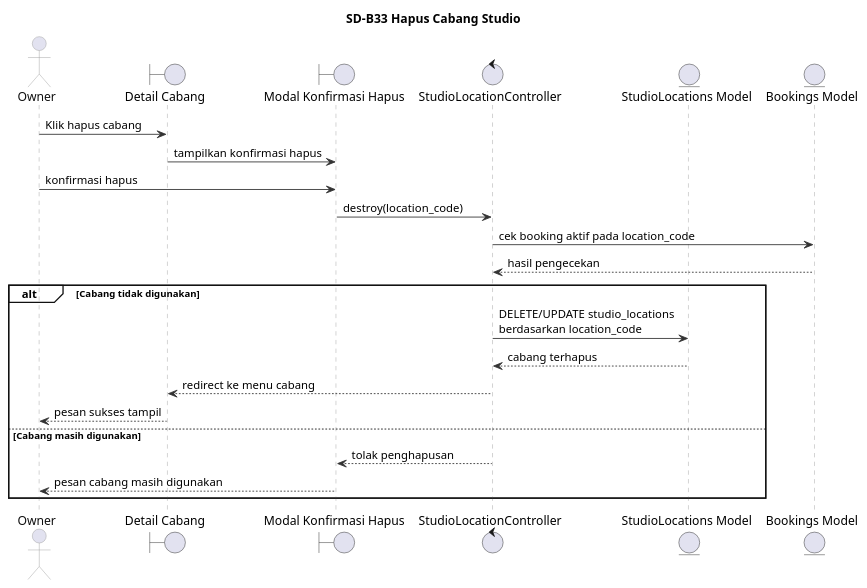
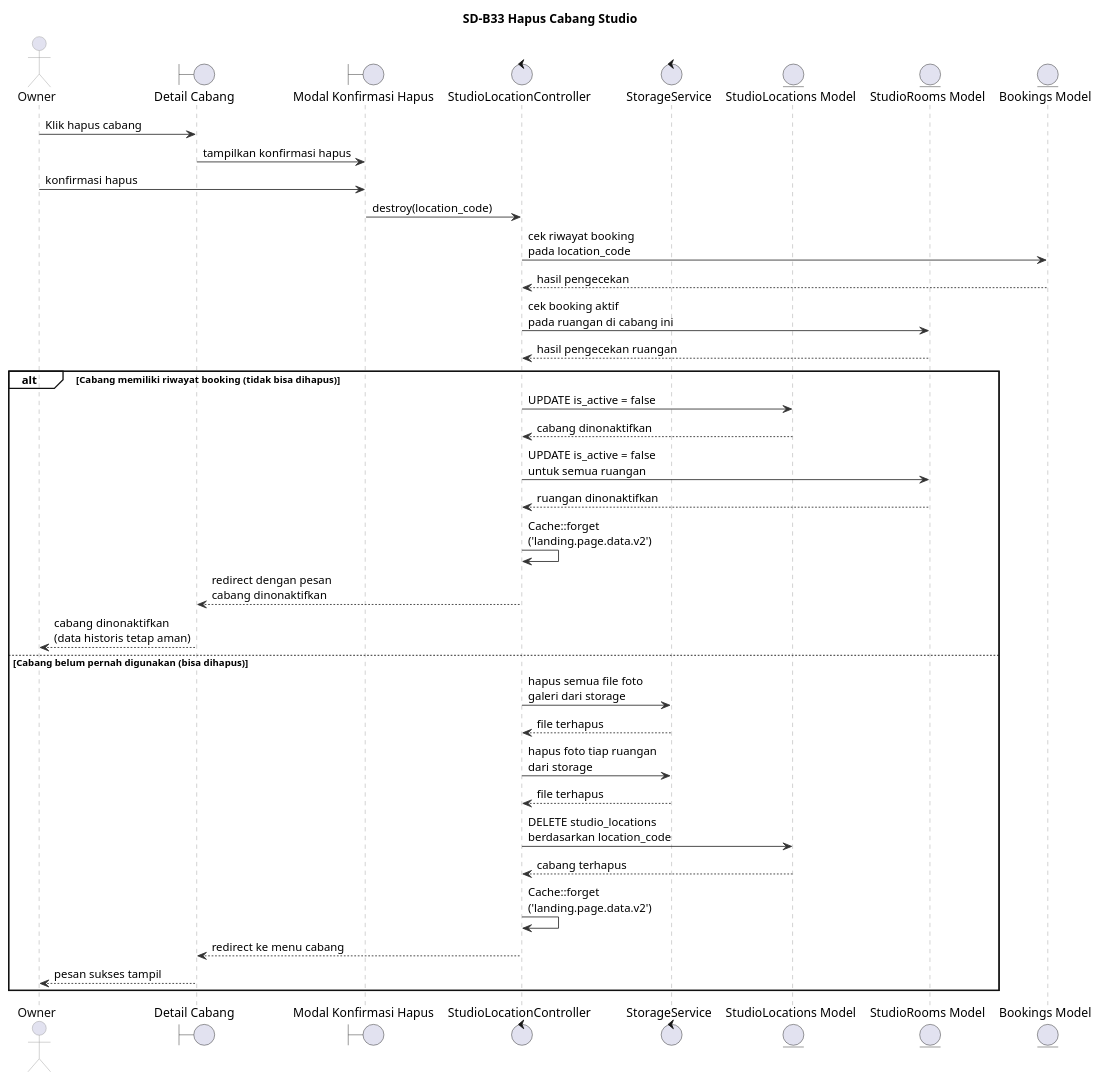
One commit to Fajrinputra/alterstudio-ta changed the diagram in sequence/SD-B33.puml. Above: the diagram before and after it, drawn with PlantUML. The commit also changed 8 other files, not shown here.

```diff
--- a/sequence/SD-B33.puml
+++ b/sequence/SD-B33.puml
@@ -1,44 +1,58 @@
 @startuml
 title SD-B33 Hapus Cabang Studio
 
 skinparam backgroundColor white
 skinparam shadowing false
 skinparam BoxPadding 4
 skinparam sequence {
     ArrowColor #333333
     LifeLineBorderColor #999999
     LifeLineBackgroundColor white
     ParticipantBorderColor #999999
     ParticipantBackgroundColor #ECEEF8
     ParticipantFontColor #111111
     ActorBorderColor #999999
     ActorFontColor #111111
     GroupBorderColor #111111
     GroupBackgroundColor transparent
 }
 
 actor "Owner" as Owner
 boundary "Detail Cabang" as DetailCabang
 boundary "Modal Konfirmasi Hapus" as ModalHapus
 control "StudioLocationController" as StudioLocationController
+control "StorageService" as StorageService
 entity "StudioLocations Model" as StudioLocation
+entity "StudioRooms Model" as StudioRoom
 entity "Bookings Model" as Booking
 
 Owner -> DetailCabang : Klik hapus cabang
 DetailCabang -> ModalHapus : tampilkan konfirmasi hapus
 Owner -> ModalHapus : konfirmasi hapus
 ModalHapus -> StudioLocationController : destroy(location_code)
-StudioLocationController -> Booking : cek booking aktif pada location_code
+StudioLocationController -> Booking : cek riwayat booking\npada location_code
 Booking --> StudioLocationController : hasil pengecekan
+StudioLocationController -> StudioRoom : cek booking aktif\npada ruangan di cabang ini
+StudioRoom --> StudioLocationController : hasil pengecekan ruangan
 
-alt Cabang tidak digunakan
-    StudioLocationController -> StudioLocation : DELETE/UPDATE studio_locations\nberdasarkan location_code
+alt Cabang memiliki riwayat booking (tidak bisa dihapus)
+    StudioLocationController -> StudioLocation : UPDATE is_active = false
+    StudioLocation --> StudioLocationController : cabang dinonaktifkan
+    StudioLocationController -> StudioRoom : UPDATE is_active = false\nuntuk semua ruangan
+    StudioRoom --> StudioLocationController : ruangan dinonaktifkan
+    StudioLocationController -> StudioLocationController : Cache::forget\n('landing.page.data.v2')
+    StudioLocationController --> DetailCabang : redirect dengan pesan\ncabang dinonaktifkan
+    DetailCabang --> Owner : cabang dinonaktifkan\n(data historis tetap aman)
+else Cabang belum pernah digunakan (bisa dihapus)
+    StudioLocationController -> StorageService : hapus semua file foto\ngaleri dari storage
+    StorageService --> StudioLocationController : file terhapus
+    StudioLocationController -> StorageService : hapus foto tiap ruangan\ndari storage
+    StorageService --> StudioLocationController : file terhapus
+    StudioLocationController -> StudioLocation : DELETE studio_locations\nberdasarkan location_code
     StudioLocation --> StudioLocationController : cabang terhapus
+    StudioLocationController -> StudioLocationController : Cache::forget\n('landing.page.data.v2')
     StudioLocationController --> DetailCabang : redirect ke menu cabang
     DetailCabang --> Owner : pesan sukses tampil
-else Cabang masih digunakan
-    StudioLocationController --> ModalHapus : tolak penghapusan
-    ModalHapus --> Owner : pesan cabang masih digunakan
 end
 
 @enduml
```
